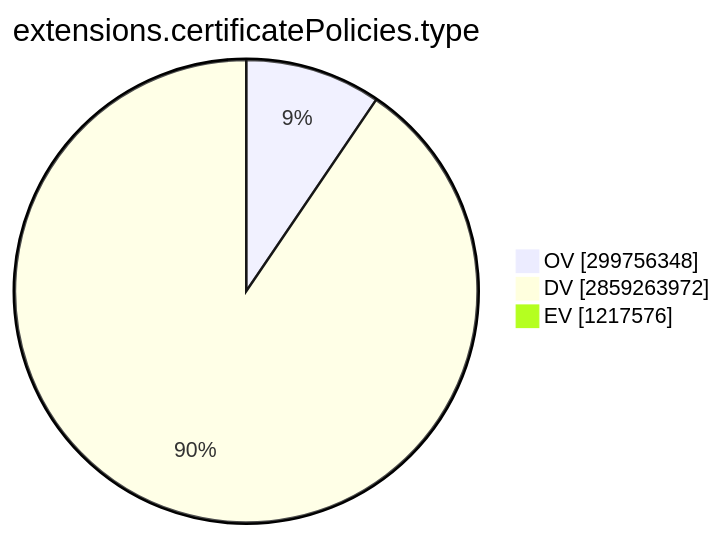
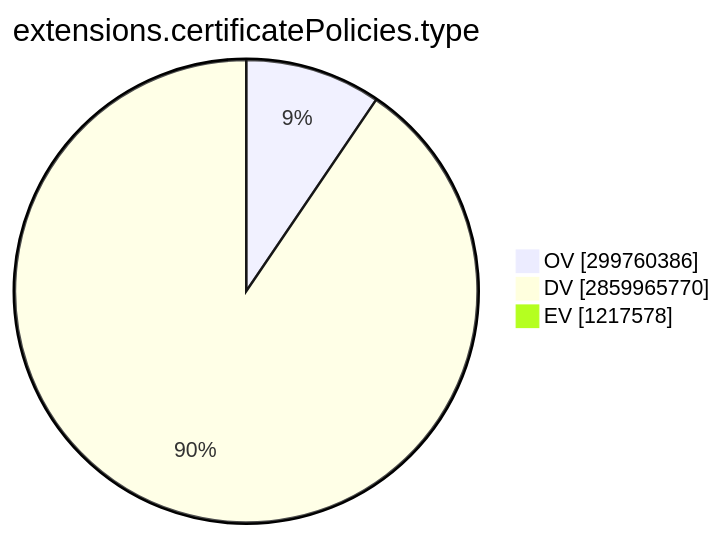
The ninth of 15 diagrams in TOTAL/README.md (christiankrug/ctmonitor_visualization), drawn with Mermaid before and after one commit. The commit also changed other lines of this file, not shown here.

````diff
--- a/TOTAL/README.md
+++ b/TOTAL/README.md
@@ -3101,7 +3101,7 @@
 ```mermaid
 pie showData
 title extensions.certificatePolicies.type
-"OV" :299756348
-"DV" :2859263972
-"EV" :1217576
+"OV" :299760386
+"DV" :2859965770
+"EV" :1217578
 ```
````
